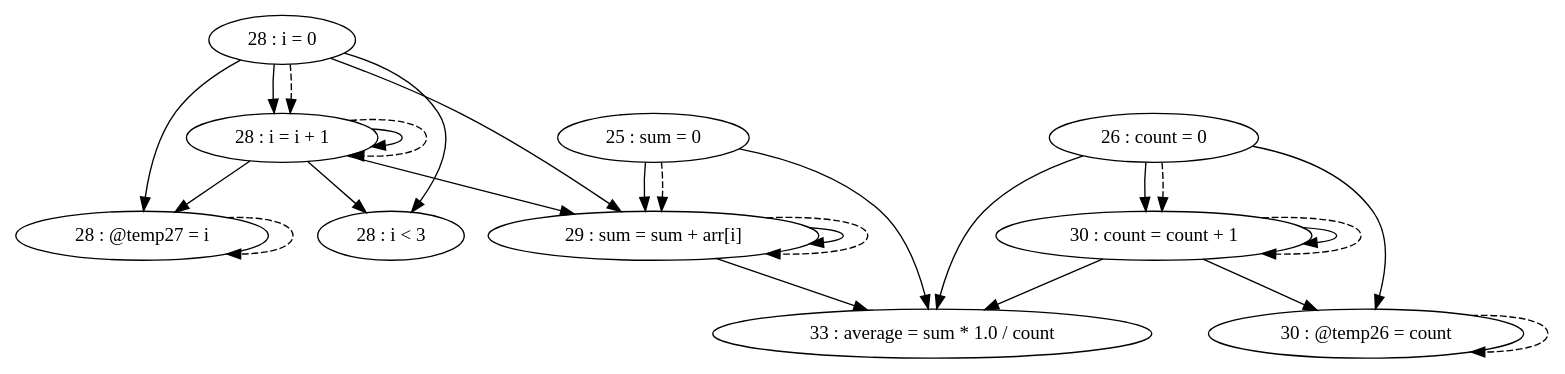
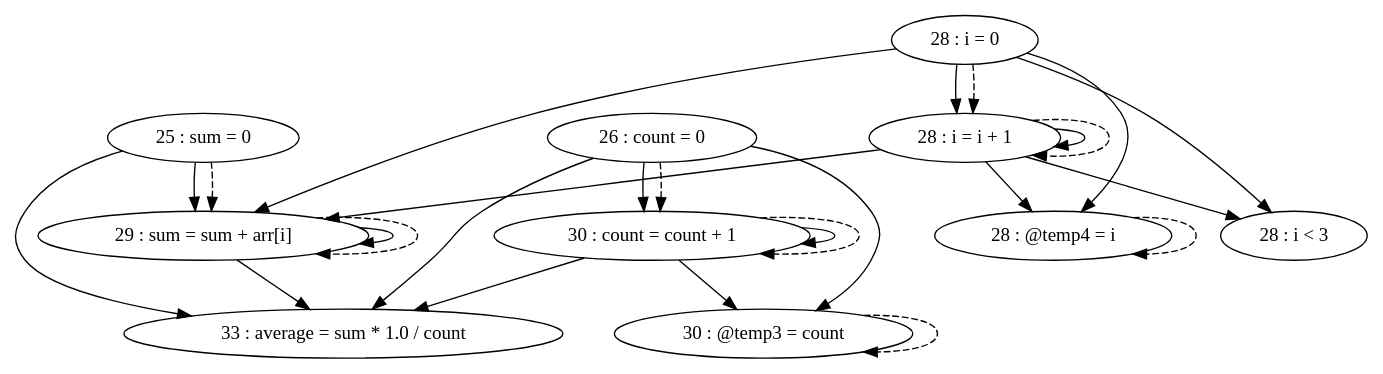
Before and after one commit to thomassimko/thesis-code-duplication: the diagram in pdg/source/testFiles/TestCases/TestCase11/TestCase11-test2.gv, drawn with Graphviz. The commit also changed 3297 other files, not shown here.

```diff
--- a/pdg/source/testFiles/TestCases/TestCase11/TestCase11-test2.gv
+++ b/pdg/source/testFiles/TestCases/TestCase11/TestCase11-test2.gv
@@ -1,38 +1,38 @@
 digraph G {
 "25 : sum = 0"
 "25 : sum = 0" -> "29 : sum = sum + arr[i]"
 "25 : sum = 0" -> "33 : average = sum * 1.0 / count"
 "25 : sum = 0" -> "29 : sum = sum + arr[i]" [style=dashed]
 "26 : count = 0"
+"26 : count = 0" -> "30 : @temp3 = count"
 "26 : count = 0" -> "33 : average = sum * 1.0 / count"
 "26 : count = 0" -> "30 : count = count + 1"
-"26 : count = 0" -> "30 : @temp26 = count"
 "26 : count = 0" -> "30 : count = count + 1" [style=dashed]
 "28 : i = 0"
 "28 : i = 0" -> "29 : sum = sum + arr[i]"
+"28 : i = 0" -> "28 : i = i + 1"
+"28 : i = 0" -> "28 : @temp4 = i"
 "28 : i = 0" -> "28 : i < 3"
-"28 : i = 0" -> "28 : i = i + 1"
-"28 : i = 0" -> "28 : @temp27 = i"
 "28 : i = 0" -> "28 : i = i + 1" [style=dashed]
 "28 : i < 3"
 "29 : sum = sum + arr[i]"
 "29 : sum = sum + arr[i]" -> "29 : sum = sum + arr[i]"
 "29 : sum = sum + arr[i]" -> "33 : average = sum * 1.0 / count"
 "29 : sum = sum + arr[i]" -> "29 : sum = sum + arr[i]" [style=dashed]
-"30 : @temp26 = count"
-"30 : @temp26 = count" -> "30 : @temp26 = count" [style=dashed]
+"30 : @temp3 = count"
+"30 : @temp3 = count" -> "30 : @temp3 = count" [style=dashed]
 "30 : count = count + 1"
+"30 : count = count + 1" -> "30 : @temp3 = count"
 "30 : count = count + 1" -> "33 : average = sum * 1.0 / count"
 "30 : count = count + 1" -> "30 : count = count + 1"
-"30 : count = count + 1" -> "30 : @temp26 = count"
 "30 : count = count + 1" -> "30 : count = count + 1" [style=dashed]
-"28 : @temp27 = i"
-"28 : @temp27 = i" -> "28 : @temp27 = i" [style=dashed]
+"28 : @temp4 = i"
+"28 : @temp4 = i" -> "28 : @temp4 = i" [style=dashed]
 "28 : i = i + 1"
 "28 : i = i + 1" -> "29 : sum = sum + arr[i]"
+"28 : i = i + 1" -> "28 : i = i + 1"
+"28 : i = i + 1" -> "28 : @temp4 = i"
 "28 : i = i + 1" -> "28 : i < 3"
-"28 : i = i + 1" -> "28 : i = i + 1"
-"28 : i = i + 1" -> "28 : @temp27 = i"
 "28 : i = i + 1" -> "28 : i = i + 1" [style=dashed]
 "33 : average = sum * 1.0 / count"
 }
```
